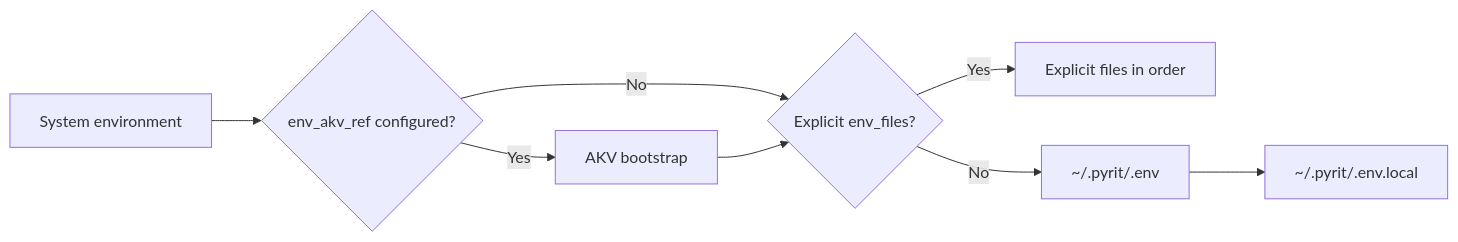
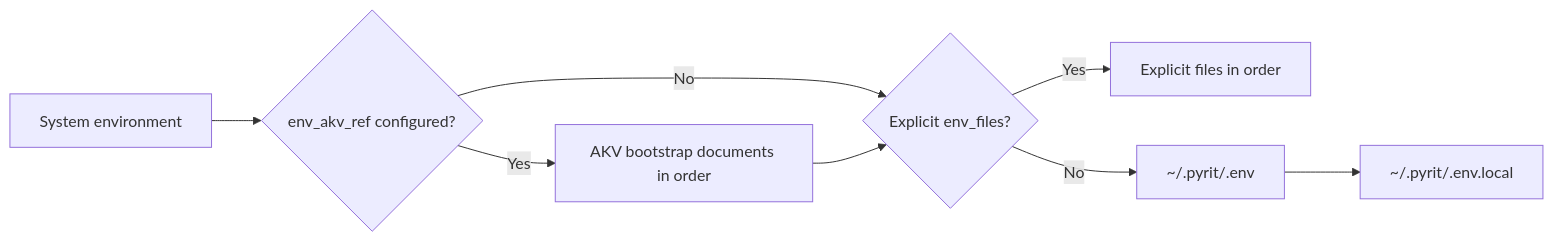
One commit to microsoft/PyRIT changed the first of 2 diagrams in doc/getting_started/pyrit_conf.md. Above: the diagram before and after it, drawn with Mermaid. The commit also changed other lines of this file, not shown here.

````diff
--- a/doc/getting_started/pyrit_conf.md
+++ b/doc/getting_started/pyrit_conf.md
@@ -33,10 +33,10 @@
 ```{mermaid}
 flowchart LR
   A["System environment"] --> B{"env_akv_ref configured?"}
-  B -->|Yes| C["AKV bootstrap"]
+  B -->|Yes| C["AKV bootstrap documents in order"]
   B -->|No| D{"Explicit env_files?"}
   C --> D
   D -->|Yes| E["Explicit files in order"]
   D -->|No| F["~/.pyrit/.env"]
   F --> G["~/.pyrit/.env.local"]
 ```
````
